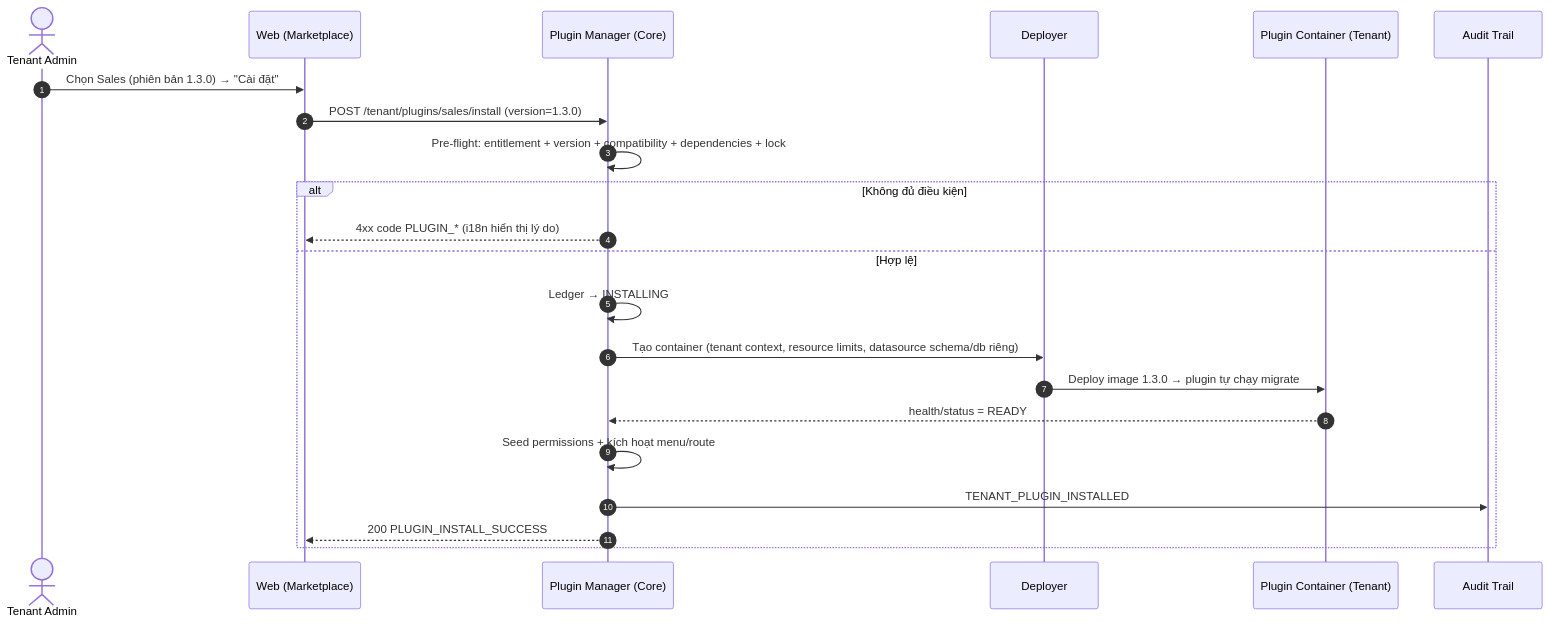
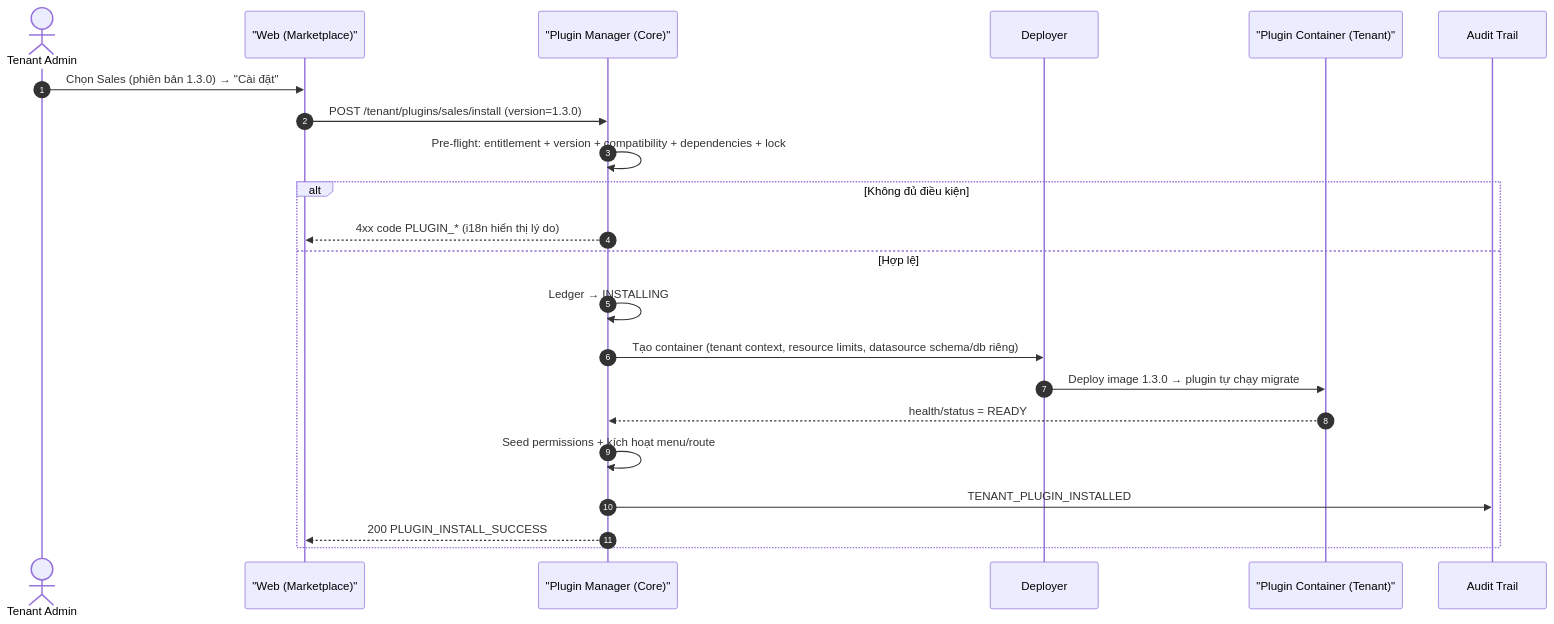
Before and after one commit to min3rd/open-erp: the fourth of 6 diagrams in docs/sprints/sprint_03_plugin_manager/02_analysis/ANL-01_plugin_manager_lifecycle.md, drawn with Mermaid. The commit also changed other lines of this file and 3 other files, not shown here.

First line of the commit message:
fix(docs): correct mermaid syntax in sprint 03 diagrams

````diff
--- a/docs/sprints/sprint_03_plugin_manager/02_analysis/ANL-01_plugin_manager_lifecycle.md
+++ b/docs/sprints/sprint_03_plugin_manager/02_analysis/ANL-01_plugin_manager_lifecycle.md
@@ -317,25 +317,25 @@
 ```mermaid
 sequenceDiagram
     autonumber
     actor TA as Tenant Admin
-    participant FE as Web (Marketplace)
-    participant PM as Plugin Manager (Core)
+    participant FE as "Web (Marketplace)"
+    participant PM as "Plugin Manager (Core)"
     participant DEP as Deployer
-    participant CT as Plugin Container (Tenant)
+    participant CT as "Plugin Container (Tenant)"
     participant AU as Audit Trail
 
     TA->>FE: Chọn Sales (phiên bản 1.3.0) → "Cài đặt"
     FE->>PM: POST /tenant/plugins/sales/install (version=1.3.0)
     PM->>PM: Pre-flight: entitlement + version + compatibility + dependencies + lock
     alt Không đủ điều kiện
         PM-->>FE: 4xx code PLUGIN_* (i18n hiển thị lý do)
     else Hợp lệ
         PM->>PM: Ledger → INSTALLING
         PM->>DEP: Tạo container (tenant context, resource limits, datasource schema/db riêng)
         DEP->>CT: Deploy image 1.3.0 → plugin tự chạy migrate
         CT-->>PM: health/status = READY
         PM->>PM: Seed permissions + kích hoạt menu/route
         PM->>AU: TENANT_PLUGIN_INSTALLED
         PM-->>FE: 200 PLUGIN_INSTALL_SUCCESS
     end
 ```
````
